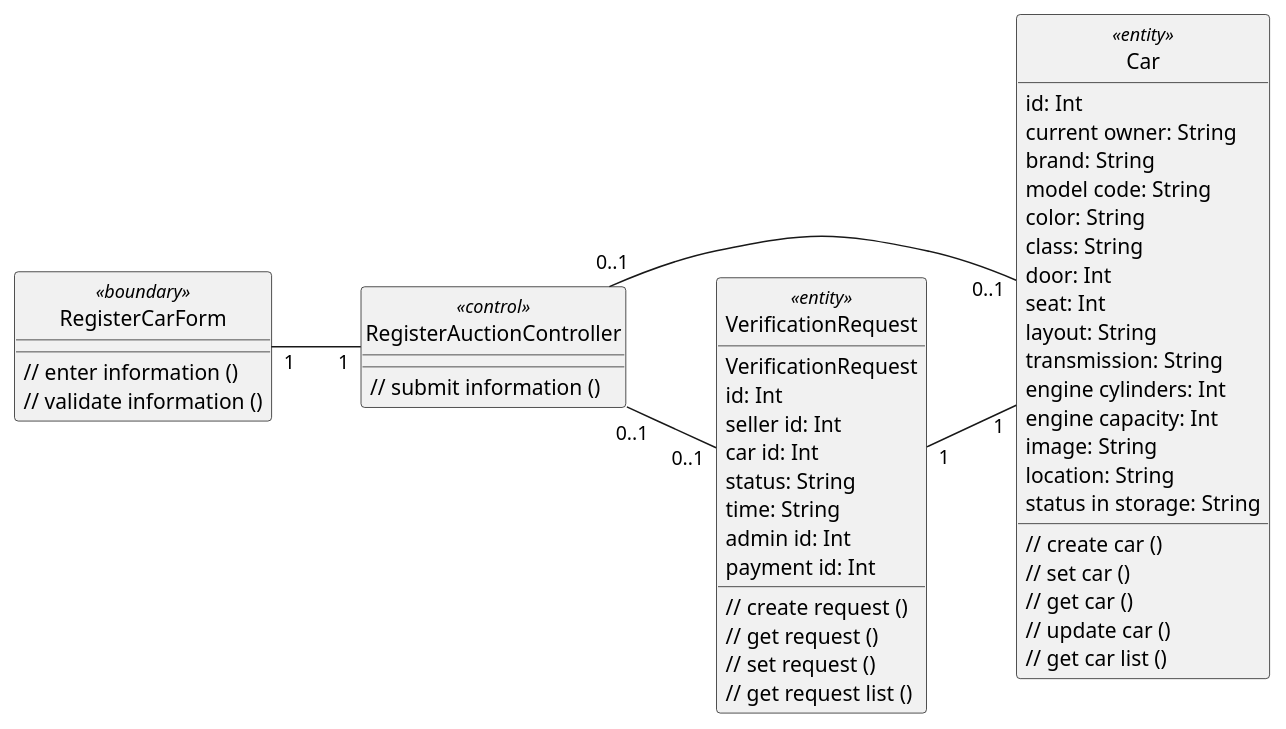
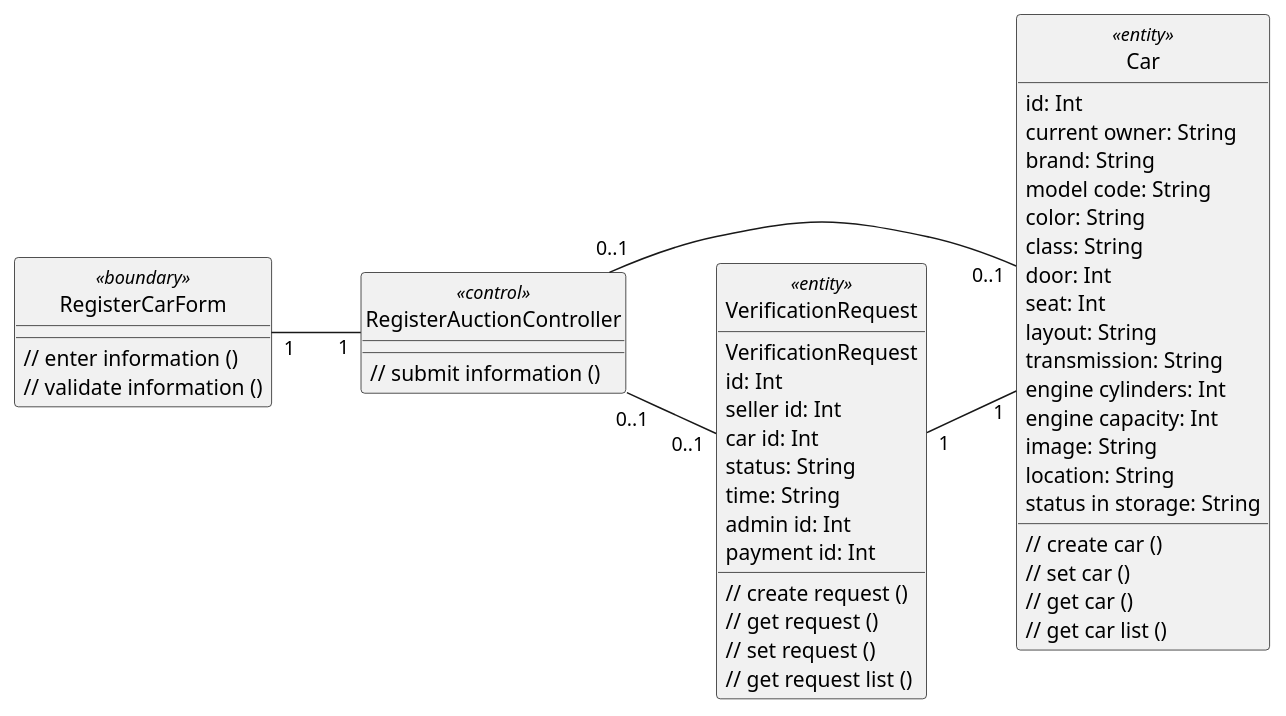
The diagram in uml/analysis/class/register-car-vopc.pu (anhbanlinhle/velocity-exchange), drawn with PlantUML before and after one commit. The commit also changed 5 other files, not shown here.

```diff
--- a/uml/analysis/class/register-car-vopc.pu
+++ b/uml/analysis/class/register-car-vopc.pu
@@ -1,59 +1,58 @@
 @startuml register_car
 hide circle
 skinparam classAttributeIconSize 0
 left to right direction
 
 
 class RegisterCarForm <<boundary>> {
   // enter information ()
   // validate information ()
 }
 
 class RegisterAuctionController <<control>> {
   // submit information ()
 }
 
 class Car <<entity>> {
   id: Int
   current owner: String
   brand: String
   model code: String
   color: String
   class: String
   door: Int
   seat: Int
   layout: String
   transmission: String
   engine cylinders: Int
   engine capacity: Int
   image: String
   location: String
   status in storage: String
   // create car ()
   // set car ()
   // get car ()
-  // update car ()
   // get car list ()
 }
 
 class VerificationRequest <<entity>> {
 VerificationRequest
   id: Int
   seller id: Int
   car id: Int
   status: String
   time: String
   admin id: Int
   payment id: Int
   // create request ()
   // get request ()
   // set request ()
   // get request list ()
 }
 
 RegisterCarForm "1" -- "1" RegisterAuctionController
 RegisterAuctionController "0..1" -- "0..1" VerificationRequest
 RegisterAuctionController "0..1" -- "0..1" Car
 VerificationRequest "1" -- "1" Car
 
 @enduml
```
